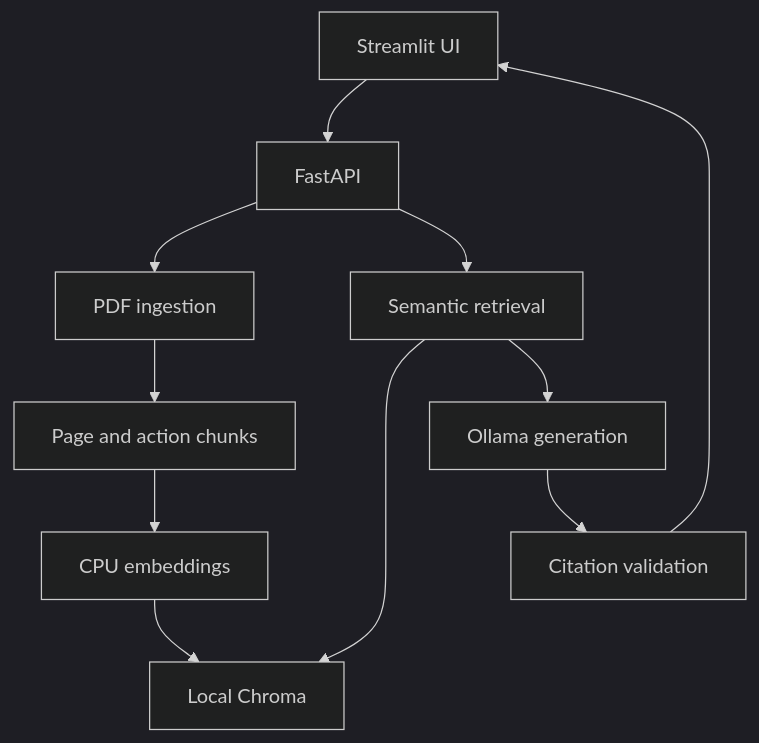
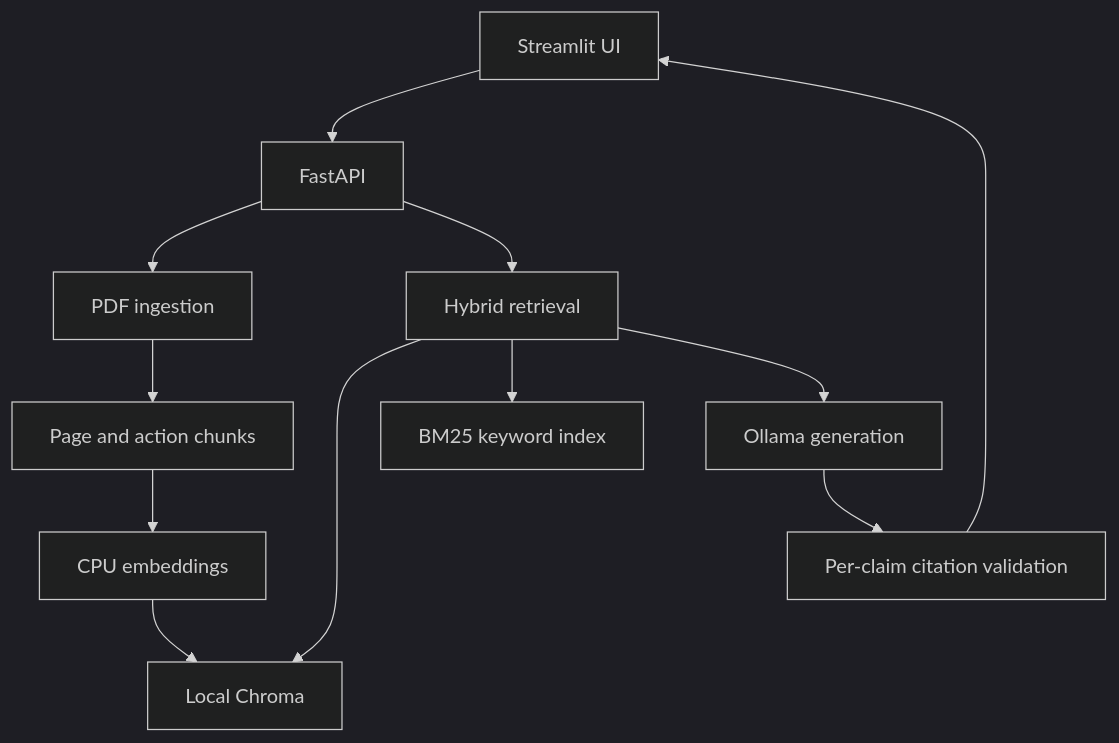
One commit to karmanyamehta-prog/evidence-desk changed the diagram in README.md. Above: the diagram before and after it, drawn with Mermaid (dark theme). The commit also changed other lines of this file and 4 other files, not shown here.

````diff
--- a/README.md
+++ b/README.md
@@ -19,13 +28,14 @@
 ```mermaid
 flowchart TD
     U[Streamlit UI] --> A[FastAPI]
     A --> I[PDF ingestion]
     I --> C[Page and action chunks]
     C --> E[CPU embeddings]
     E --> V[Local Chroma]
-    A --> R[Semantic retrieval]
+    A --> R[Hybrid retrieval]
     R --> V
+    R --> B[BM25 keyword index]
     R --> G[Ollama generation]
-    G --> Q[Citation validation]
+    G --> Q[Per-claim citation validation]
     Q --> U
 ```
````
